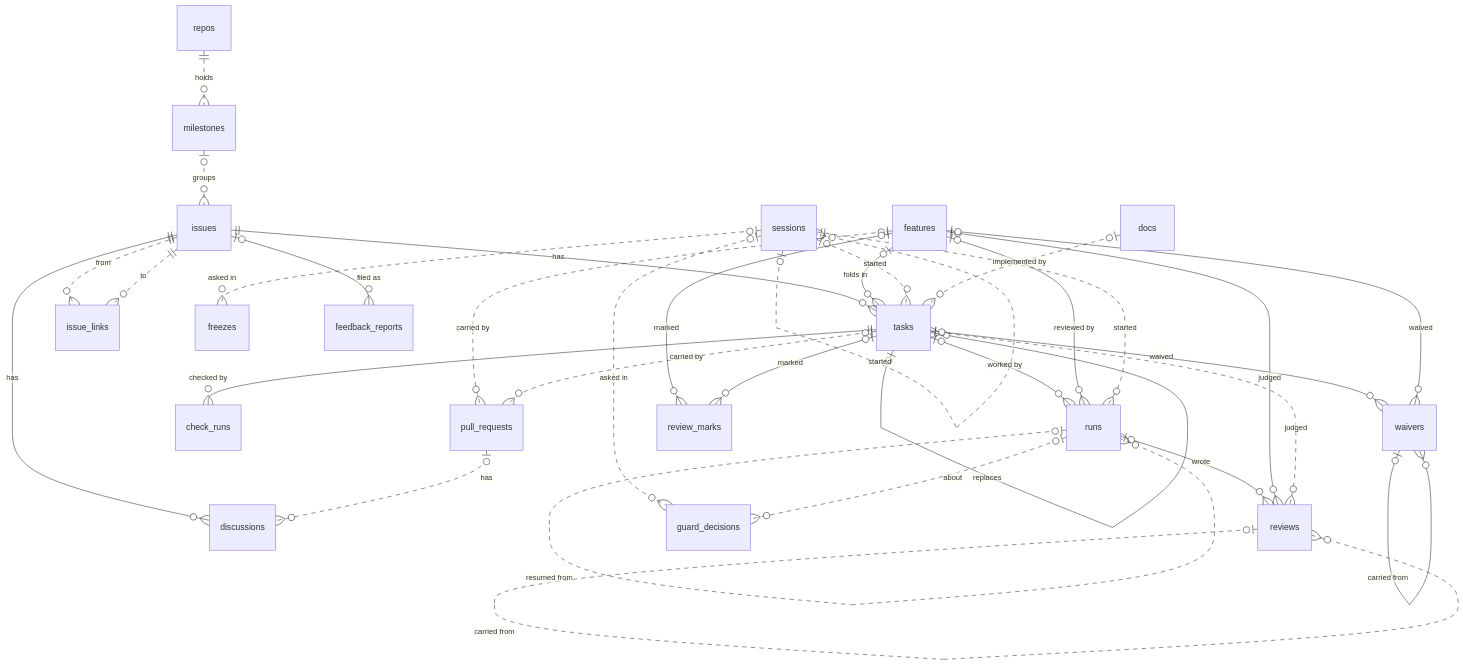
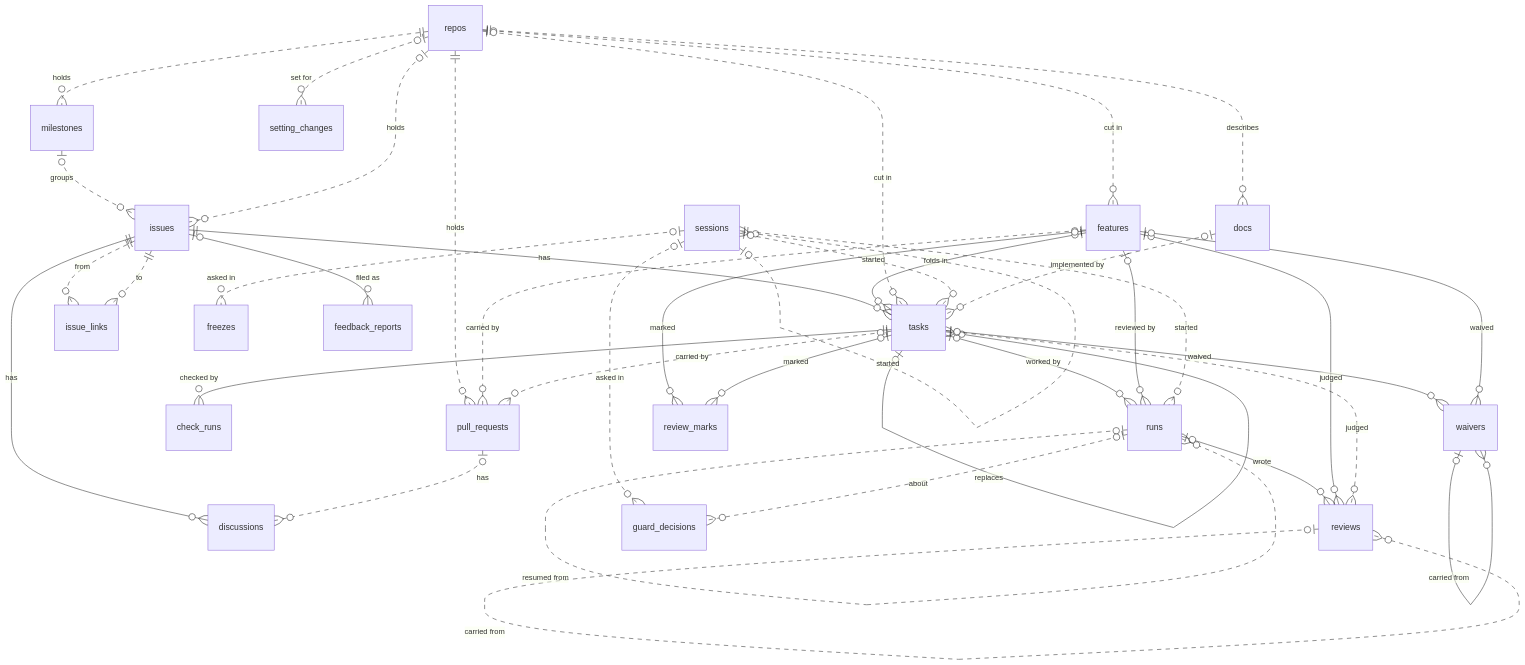
Before and after one commit to trustmybot/tmb: diagram 11 of 12 in docs/architecture/TRAJECTORY.md, drawn with Mermaid. The commit also changed other lines of this file and 3 other files, not shown here.

Commit message:
📝 docs: project settings live in a config file; every repo relation in the record's diagram

````diff
--- a/docs/architecture/TRAJECTORY.md
+++ b/docs/architecture/TRAJECTORY.md
@@ -372,35 +372,41 @@
 ```mermaid
 erDiagram
     issues ||--o{ tasks : "has"
     issues ||--o{ discussions : "has"
     features |o--o{ tasks : "folds in"
     tasks |o--o{ tasks : "replaces"
     tasks |o--o{ runs : "worked by"
     features |o--o{ runs : "reviewed by"
     tasks ||--o{ check_runs : "checked by"
     runs |o--o{ reviews : "wrote"
     features |o--o{ reviews : "judged"
     tasks |o..o{ reviews : "judged"
     reviews |o..o{ reviews : "carried from"
     milestones |o..o{ issues : "groups"
     repos ||..o{ milestones : "holds"
+    repos |o..o{ issues : "holds"
+    repos ||..o{ pull_requests : "holds"
+    repos ||..o{ docs : "describes"
+    repos |o..o{ features : "cut in"
+    repos |o..o{ tasks : "cut in"
+    repos |o..o{ setting_changes : "set for"
     issues ||..o{ issue_links : "from"
     issues ||..o{ issue_links : "to"
     pull_requests |o..o{ discussions : "has"
     features |o..o{ pull_requests : "carried by"
     tasks |o..o{ pull_requests : "carried by"
     sessions |o..o{ sessions : "started"
     sessions ||..o{ runs : "started"
     sessions |o..o{ tasks : "started"
     sessions |o..o{ guard_decisions : "asked in"
     runs |o..o{ runs : "resumed from"
     runs |o..o{ guard_decisions : "about"
     docs |o..o{ tasks : "implemented by"
     tasks |o--o{ waivers : "waived"
     features |o--o{ waivers : "waived"
     features |o--o{ review_marks : "marked"
     tasks |o--o{ review_marks : "marked"
     waivers |o--o{ waivers : "carried from"
     sessions |o..o{ freezes : "asked in"
     issues |o--o{ feedback_reports : "filed as"
 ```
````
